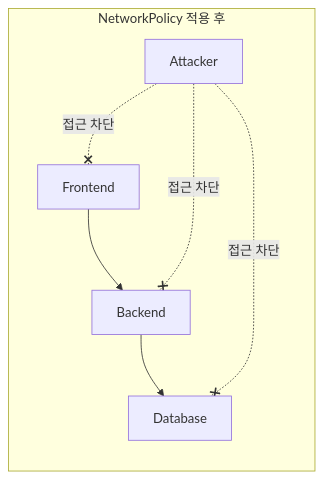
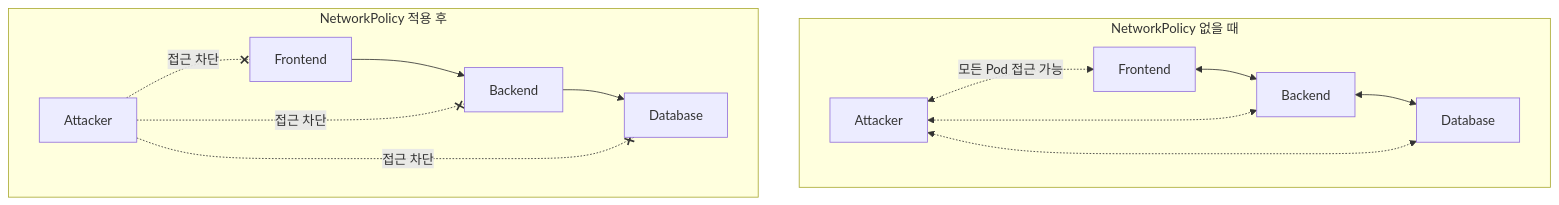
One commit to K-Diger/k-diger.github.io changed the sixth of 16 diagrams in _posts/2026-01-22-kubernetes-security-cks.md. Above: the diagram before and after it, drawn with Mermaid. The commit also changed other lines of this file and 13 other files, not shown here.

````diff
--- a/_posts/2026-01-22-kubernetes-security-cks.md
+++ b/_posts/2026-01-22-kubernetes-security-cks.md
@@ -290,10 +285,26 @@
 ```mermaid
-flowchart LR
+flowchart TB
+    subgraph Before["NetworkPolicy 없을 때"]
+        FE1[Frontend]
+        BE1[Backend]
+        DB1[Database]
+        ATK1[Attacker]
+
+        FE1 <--> BE1 <--> DB1
+        ATK1 <-.->|모든 Pod 접근 가능| FE1
+        ATK1 <-.-> BE1
+        ATK1 <-.-> DB1
+    end
+
     subgraph After["NetworkPolicy 적용 후"]
-        FE2[Frontend] --> BE2[Backend] --> DB2[Database]
+        FE2[Frontend]
+        BE2[Backend]
+        DB2[Database]
         ATK2[Attacker]
-        ATK2 -.-x|"접근 차단"| FE2
-        ATK2 -.-x|"접근 차단"| BE2
-        ATK2 -.-x|"접근 차단"| DB2
+
+        FE2 --> BE2 --> DB2
+        ATK2 -.-x|접근 차단| FE2
+        ATK2 -.-x|접근 차단| BE2
+        ATK2 -.-x|접근 차단| DB2
     end
 ```
````
